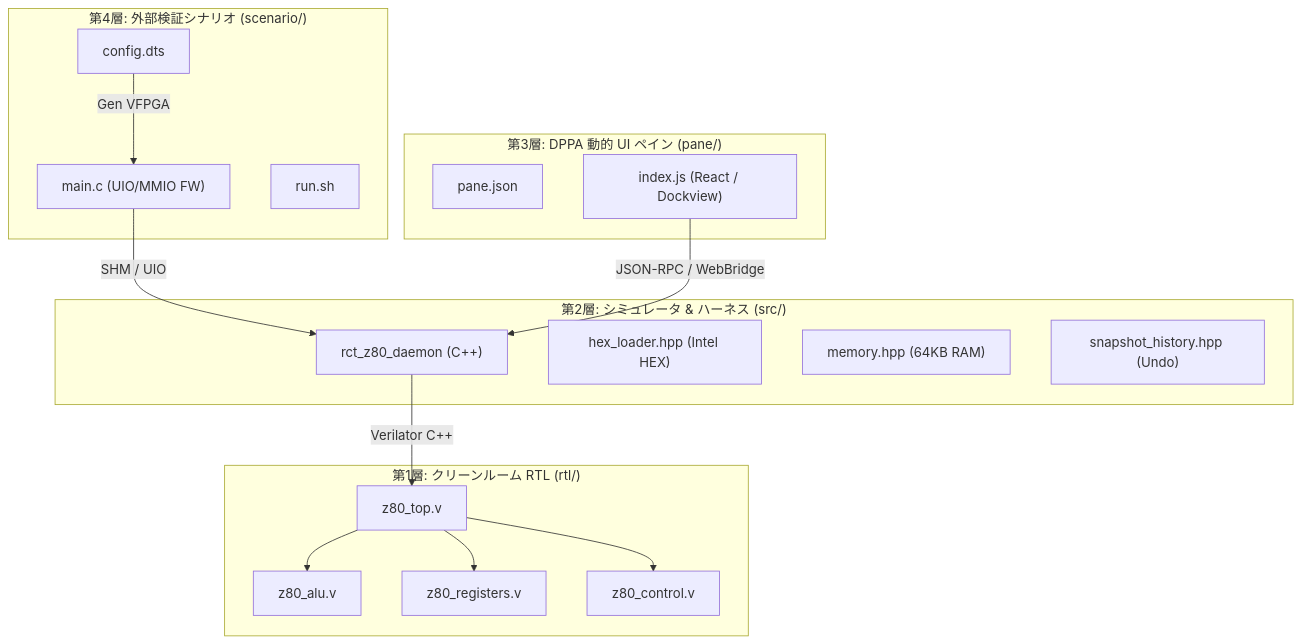
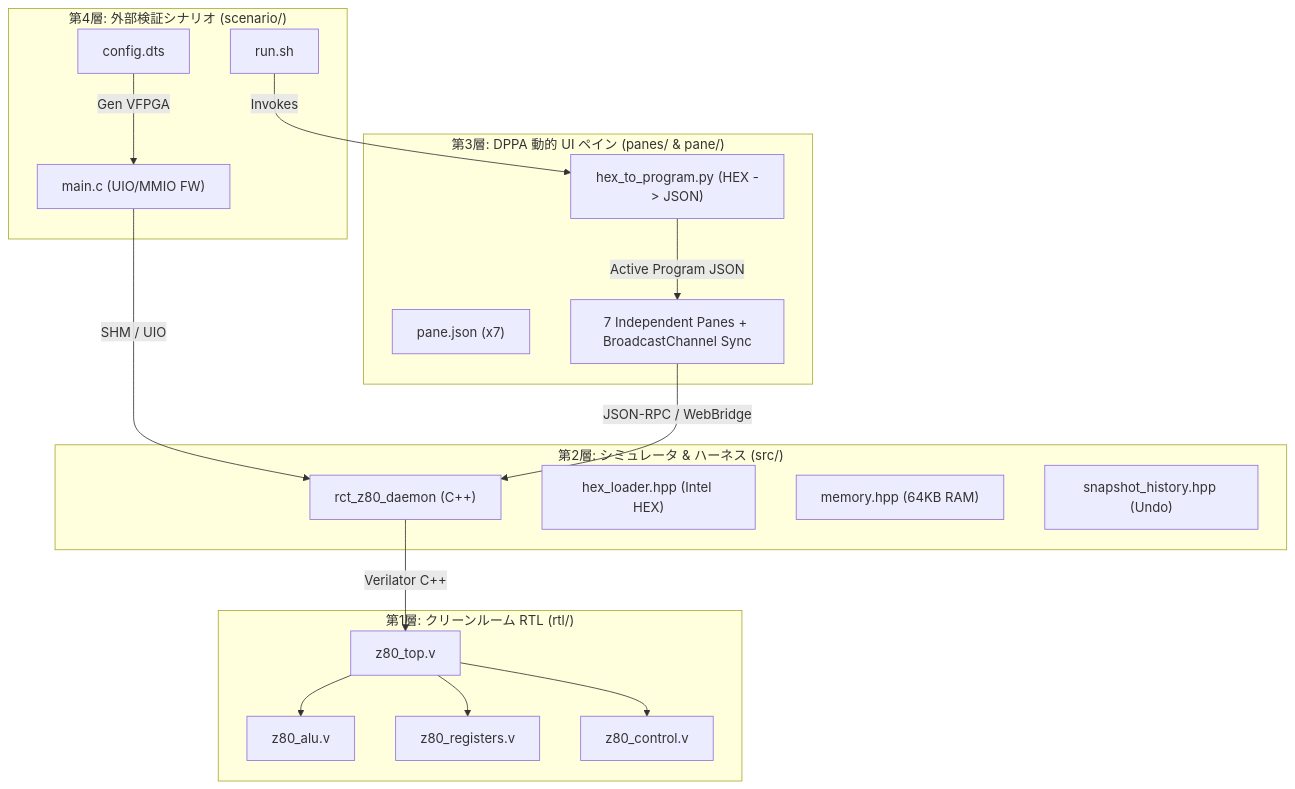
The diagram in README.md (sirosiro/RetroCoreTracer-FBB), drawn with Mermaid before and after one commit. The commit also changed other lines of this file and 10 other files, not shown here.

````diff
--- a/README.md
+++ b/README.md
@@ -43,35 +48,38 @@
 ```mermaid
 graph TD
     subgraph Layer4 ["第4層: 外部検証シナリオ (scenario/)"]
         DTS["config.dts"]
         FW["main.c (UIO/MMIO FW)"]
         RUN["run.sh"]
     end
 
-    subgraph Layer3 ["第3層: DPPA 動的 UI ペイン (pane/)"]
-        PANE_JSON["pane.json"]
-        UI_ESM["index.js (React / Dockview)"]
+    subgraph Layer3 ["第3層: DPPA 動的 UI ペイン (panes/ & pane/)"]
+        PANE_JSON["pane.json (x7)"]
+        UI_ESM["7 Independent Panes + BroadcastChannel Sync"]
+        DISASM["hex_to_program.py (HEX -> JSON)"]
     end
 
     subgraph Layer2 ["第2層: シミュレータ & ハーネス (src/)"]
         DAEMON["rct_z80_daemon (C++)"]
         HEX["hex_loader.hpp (Intel HEX)"]
         MEM["memory.hpp (64KB RAM)"]
         SNAP["snapshot_history.hpp (Undo)"]
     end
 
     subgraph Layer1 ["第1層: クリーンルーム RTL (rtl/)"]
         TOP["z80_top.v"]
         ALU["z80_alu.v"]
         REGS["z80_registers.v"]
         CTRL["z80_control.v"]
     end
 
     DTS -->|Gen VFPGA| FW
     FW -->|SHM / UIO| DAEMON
+    RUN -->|Invokes| DISASM
+    DISASM -->|Active Program JSON| UI_ESM
     UI_ESM -->|JSON-RPC / WebBridge| DAEMON
     DAEMON -->|Verilator C++| TOP
     TOP --> ALU
     TOP --> REGS
     TOP --> CTRL
 ```
````
